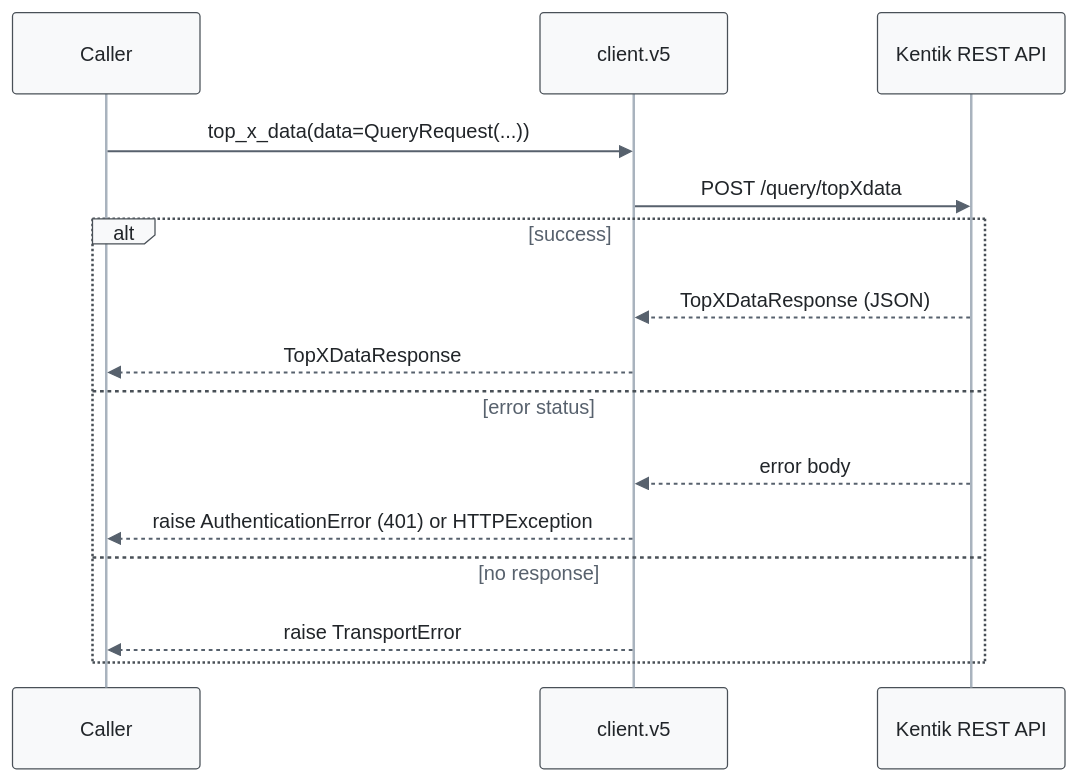
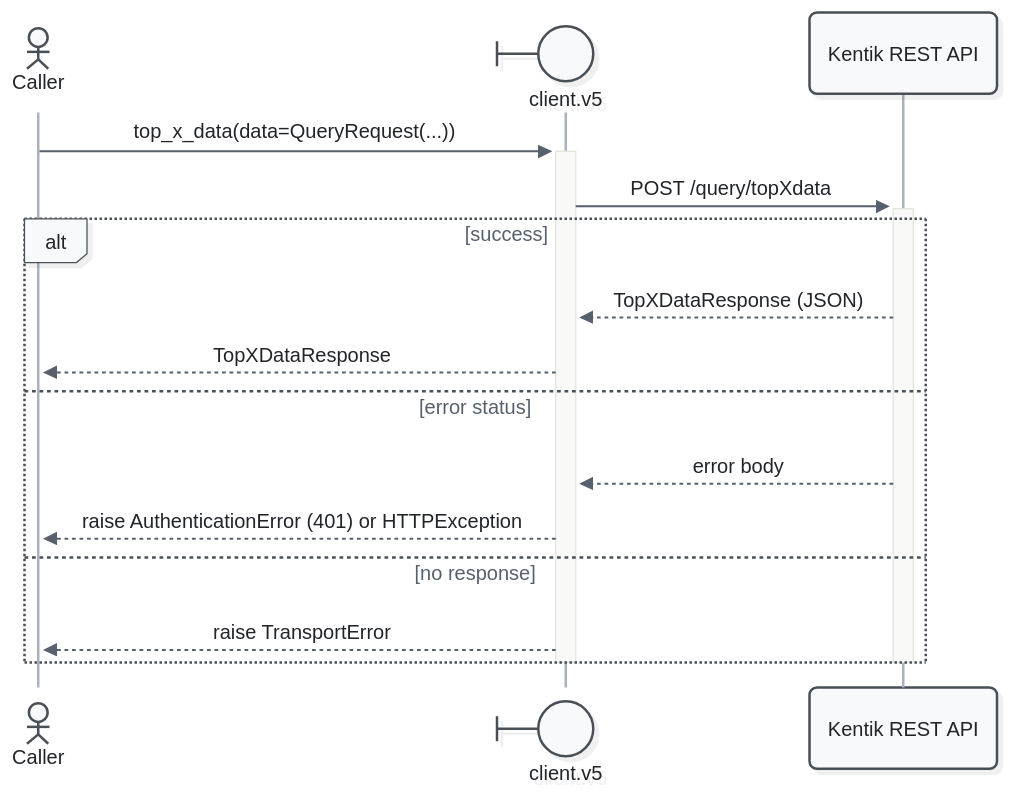
One commit to alexdearaujo/community_sdk_python changed the fifth of 7 diagrams in docs/sphinx/services/v5.md. Above: the diagram before and after it, drawn with Mermaid. The commit also changed other lines of this file and 52 other files, not shown here.

First line of the commit message:
docs: Mermaid 12 sequence diagrams with participant types and path colors

````diff
--- a/docs/sphinx/services/v5.md
+++ b/docs/sphinx/services/v5.md
@@ -296,19 +304,21 @@
 ```mermaid
-%%{init: {"theme": "base", "fontFamily": "ui-monospace, SFMono-Regular, Menlo, monospace", "themeVariables": {"fontFamily": "ui-monospace, SFMono-Regular, Menlo, monospace", "primaryColor": "#f8f9fa", "primaryBorderColor": "#495057", "primaryTextColor": "#212529", "textColor": "#212529", "lineColor": "#77818c", "edgeLabelBackground": "#ffffff", "actorBkg": "#f8f9fa", "actorBorder": "#495057", "actorTextColor": "#212529", "actorLineColor": "#a9b3be", "signalColor": "#57616d", "signalTextColor": "#212529", "labelBoxBkgColor": "#f8f9fa", "labelBoxBorderColor": "#495057", "labelTextColor": "#212529", "loopTextColor": "#57616d", "noteBkgColor": "#fff9db", "noteBorderColor": "#f08c00", "noteTextColor": "#a35a00"}, "flowchart": {"curve": "step", "nodeSpacing": 30, "rankSpacing": 70, "wrappingWidth": 400}}}%%
+%%{init: {"theme": "redux", "look": "neo", "layout": "dagre", "fontFamily": "ui-monospace, SFMono-Regular, Menlo, monospace", "themeVariables": {"fontFamily": "ui-monospace, SFMono-Regular, Menlo, monospace", "primaryColor": "#f8f9fa", "primaryBorderColor": "#495057", "primaryTextColor": "#212529", "textColor": "#212529", "lineColor": "#77818c", "edgeLabelBackground": "#ffffff", "actorBkg": "#f8f9fa", "actorBorder": "#495057", "actorTextColor": "#212529", "actorLineColor": "#a9b3be", "signalColor": "#57616d", "signalTextColor": "#212529", "labelBoxBkgColor": "#f8f9fa", "labelBoxBorderColor": "#495057", "labelTextColor": "#212529", "loopTextColor": "#57616d", "noteBkgColor": "#fff9db", "noteBorderColor": "#f08c00", "noteTextColor": "#a35a00"}, "sequence": {"activationWidth": 16}, "flowchart": {"curve": "step", "nodeSpacing": 30, "rankSpacing": 70, "wrappingWidth": 400}}}%%
 sequenceDiagram
-    participant C as Caller
-    participant W as client.v5
+    actor C as Caller
+    participant W@{ "type": "boundary" } as client.v5
     participant API as Kentik REST API
 
-    C->>W: top_x_data(data=QueryRequest(...))
-    W->>API: POST /query/topXdata
+    C->>+W: top_x_data(data=QueryRequest(...))
+    W->>+API: POST /query/topXdata
     alt success
         API-->>W: TopXDataResponse (JSON)
         W-->>C: TopXDataResponse
     else error status
         API-->>W: error body
         W-->>C: raise AuthenticationError (401) or HTTPException
     else no response
         W-->>C: raise TransportError
     end
+    deactivate API
+    deactivate W
 ```
````
